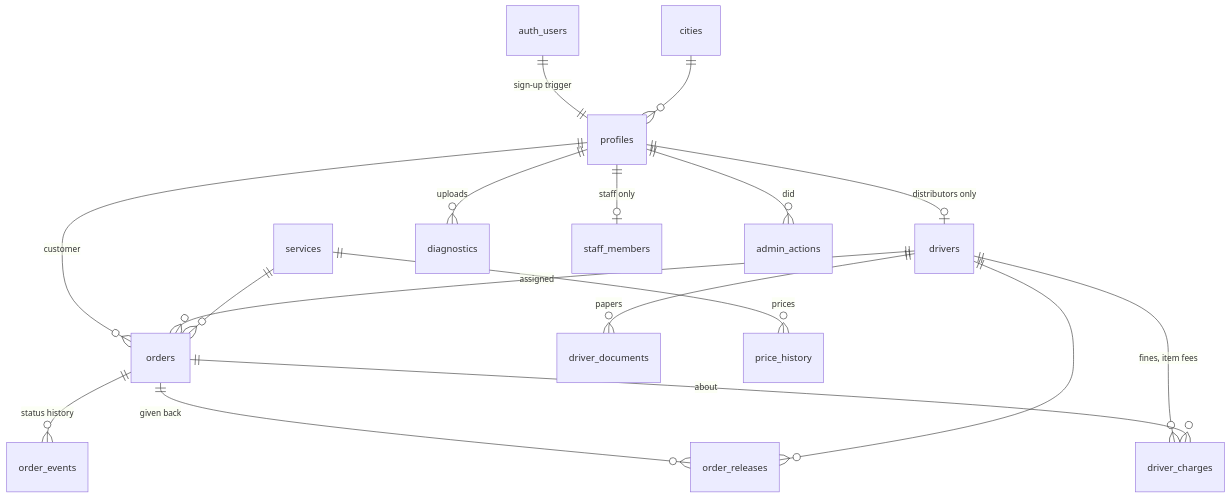
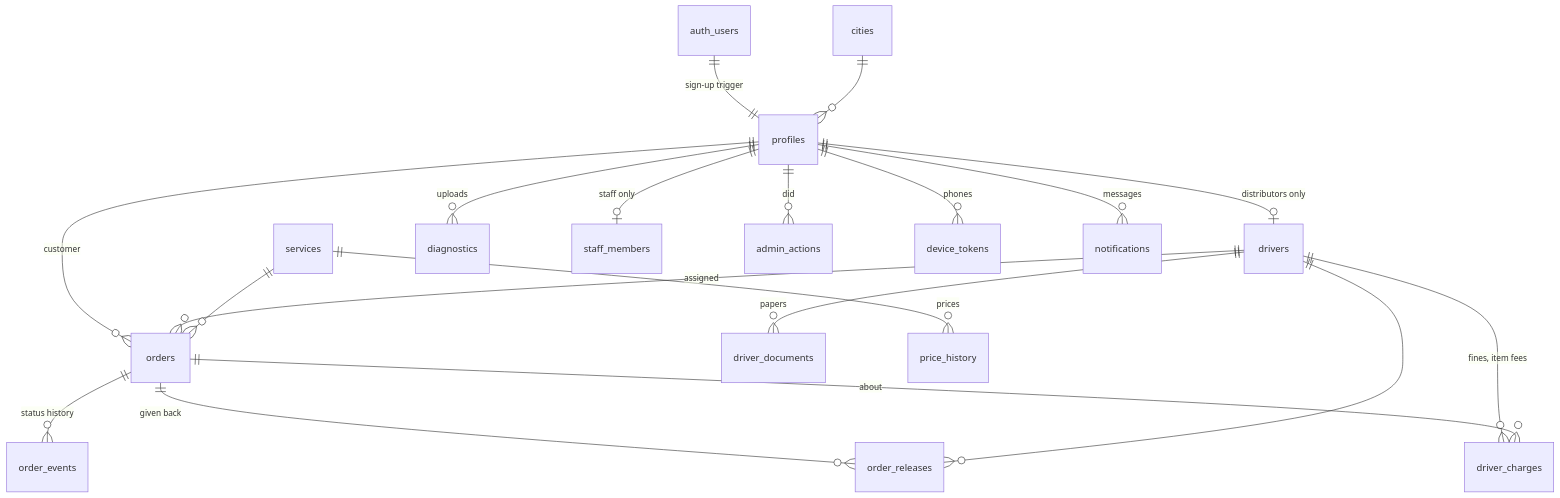
The diagram in docs/data-model.md (omar90900/ClickGas), drawn with Mermaid before and after one commit. The commit also changed other lines of this file and 69 other files, not shown here.

````diff
--- a/docs/data-model.md
+++ b/docs/data-model.md
@@ -7,19 +7,21 @@
 ```mermaid
 erDiagram
   auth_users ||--|| profiles : "sign-up trigger"
   profiles ||--o| drivers : "distributors only"
   cities ||--o{ profiles : ""
   profiles ||--o{ orders : "customer"
   drivers ||--o{ orders : "assigned"
   services ||--o{ orders : ""
   orders ||--o{ order_events : "status history"
   orders ||--o{ order_releases : "given back"
   drivers ||--o{ order_releases : ""
   drivers ||--o{ driver_charges : "fines, item fees"
   orders ||--o{ driver_charges : "about"
   profiles ||--o{ diagnostics : "uploads"
   profiles ||--o| staff_members : "staff only"
   profiles ||--o{ admin_actions : "did"
   drivers ||--o{ driver_documents : "papers"
   services ||--o{ price_history : "prices"
+  profiles ||--o{ device_tokens : "phones"
+  profiles ||--o{ notifications : "messages"
 ```
````
